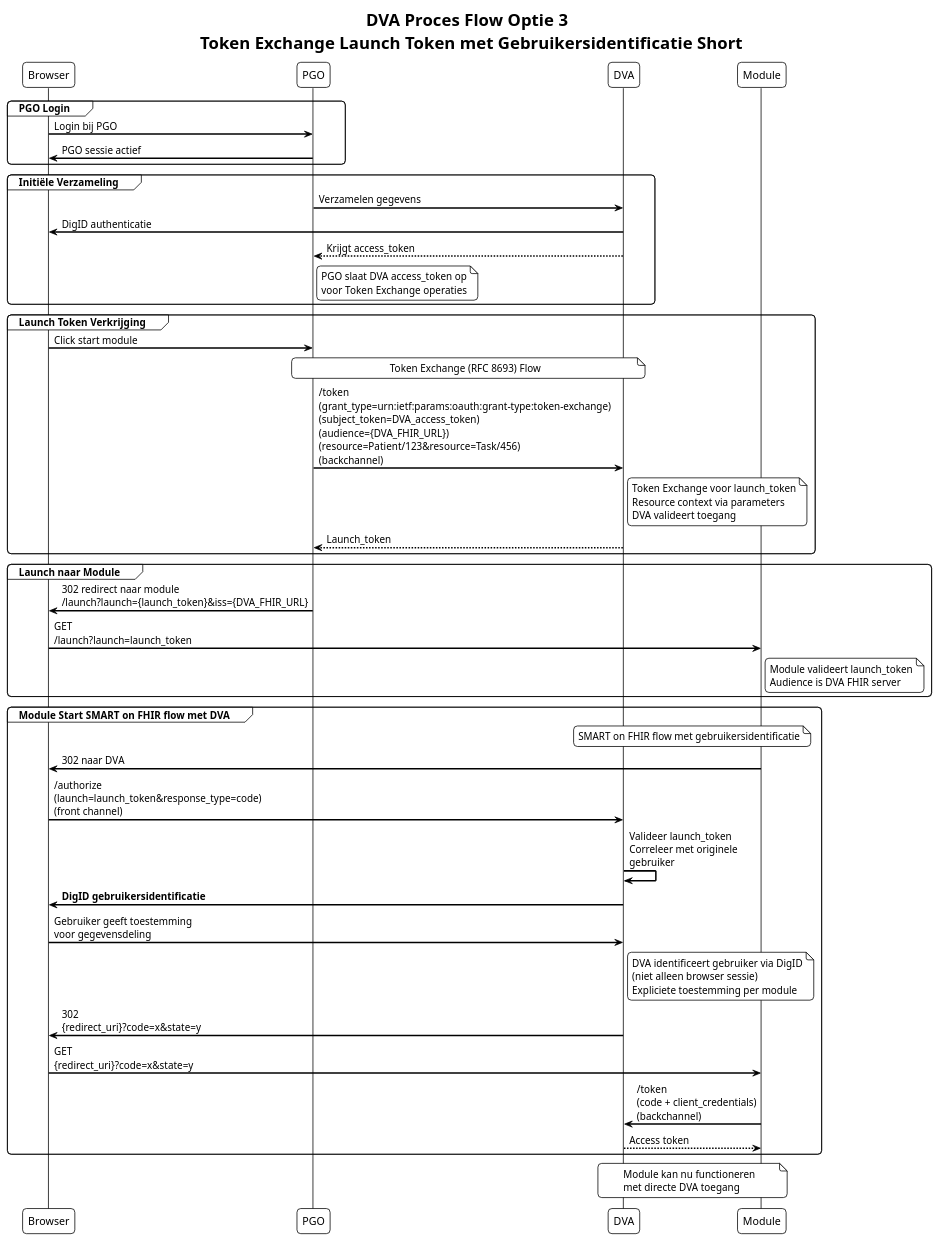
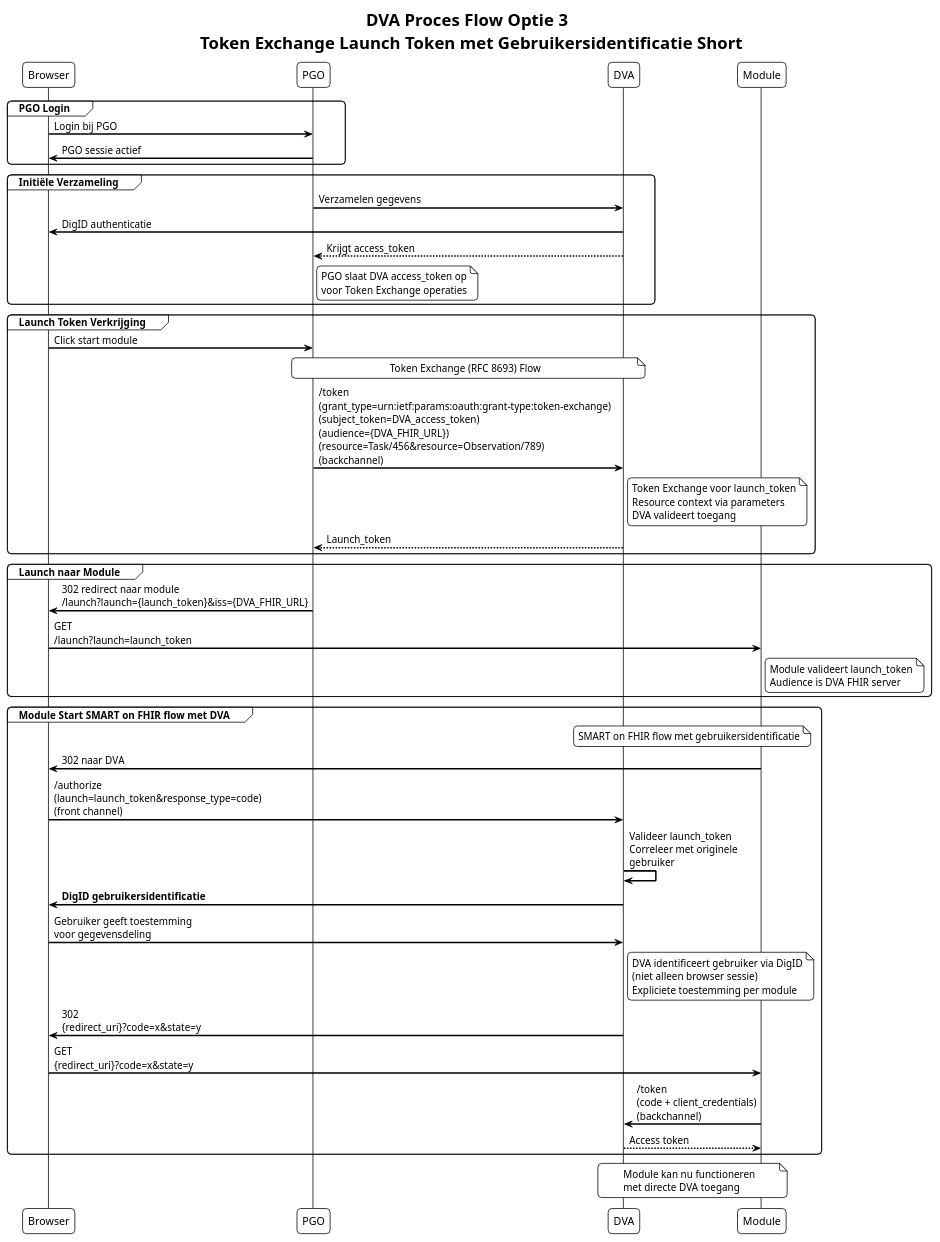
The diagram in input/images-source/koppelmij_option_3a_short.plantuml (KoppelMij/koppelmij-designs), drawn with PlantUML before and after one commit. The commit also changed 2 other files, not shown here.

Commit message:
Update resource context in Option 3a Token Exchange flow: revise diagrams and documentation to replace Patient resource with Observation and CarePlan examples, clarify exclusions, and adjust `resource` parameter formatting.

```diff
--- a/input/images-source/koppelmij_option_3a_short.plantuml
+++ b/input/images-source/koppelmij_option_3a_short.plantuml
@@ -1,72 +1,72 @@
 @startuml
 title DVA Proces Flow Optie 3 \n Token Exchange Launch Token met Gebruikersidentificatie Short
 !theme plain
 skinparam backgroundColor white
 skinparam sequenceArrowThickness 2
 skinparam roundcorner 10
 skinparam maxMessageSize 200
 
 participant "Browser" as BR
 participant "PGO" as PGO
 participant "DVA" as DVA
 participant "Module" as MOD
 
 group PGO Login
 BR -> PGO : Login bij PGO
 PGO -> BR : PGO sessie actief
 end
 
 group Initiële Verzameling
 PGO -> DVA : Verzamelen gegevens
 DVA -> BR: DigID authenticatie
 DVA --> PGO : Krijgt access_token
 note right of PGO
 PGO slaat DVA access_token op
 voor Token Exchange operaties
 end note
 end
 
 group Launch Token Verkrijging
 BR -> PGO : Click start module
 note over PGO, DVA : Token Exchange (RFC 8693) Flow
-PGO -> DVA : /token\n(grant_type=urn:ietf:params:oauth:grant-type:token-exchange)\n(subject_token=DVA_access_token)\n(audience={DVA_FHIR_URL})\n(resource=Patient/123&resource=Task/456)\n(backchannel)
+PGO -> DVA : /token\n(grant_type=urn:ietf:params:oauth:grant-type:token-exchange)\n(subject_token=DVA_access_token)\n(audience={DVA_FHIR_URL})\n(resource=Task/456&resource=Observation/789)\n(backchannel)
 note right of DVA
 Token Exchange voor launch_token
 Resource context via parameters
 DVA valideert toegang
 end note
 DVA --> PGO : Launch_token
 end
 
 group Launch naar Module
 PGO -> BR : 302 redirect naar module\n/launch?launch={launch_token}&iss={DVA_FHIR_URL}
 BR -> MOD : GET /launch?launch=launch_token
 note right of MOD
 Module valideert launch_token
 Audience is DVA FHIR server
 end note
 end
 
 group Module Start SMART on FHIR flow met DVA
 note over MOD, DVA : SMART on FHIR flow met gebruikersidentificatie
 
 MOD -> BR : 302 naar DVA
 BR -> DVA : /authorize\n(launch=launch_token&response_type=code)\n(front channel)
 DVA -> DVA : Valideer launch_token\nCorreleer met originele gebruiker
 DVA -> BR : **DigID gebruikersidentificatie**
 BR -> DVA : Gebruiker geeft toestemming\nvoor gegevensdeling
 note right of DVA
 DVA identificeert gebruiker via DigID
 (niet alleen browser sessie)
 Expliciete toestemming per module
 end note
 DVA -> BR : 302 {redirect_uri}?code=x&state=y
 BR -> MOD : GET {redirect_uri}?code=x&state=y
 
 MOD -> DVA : /token\n(code + client_credentials)\n(backchannel)
 DVA --> MOD : Access token
 end
 
 note over MOD, DVA : Module kan nu functioneren\nmet directe DVA toegang
 
 @enduml
```
